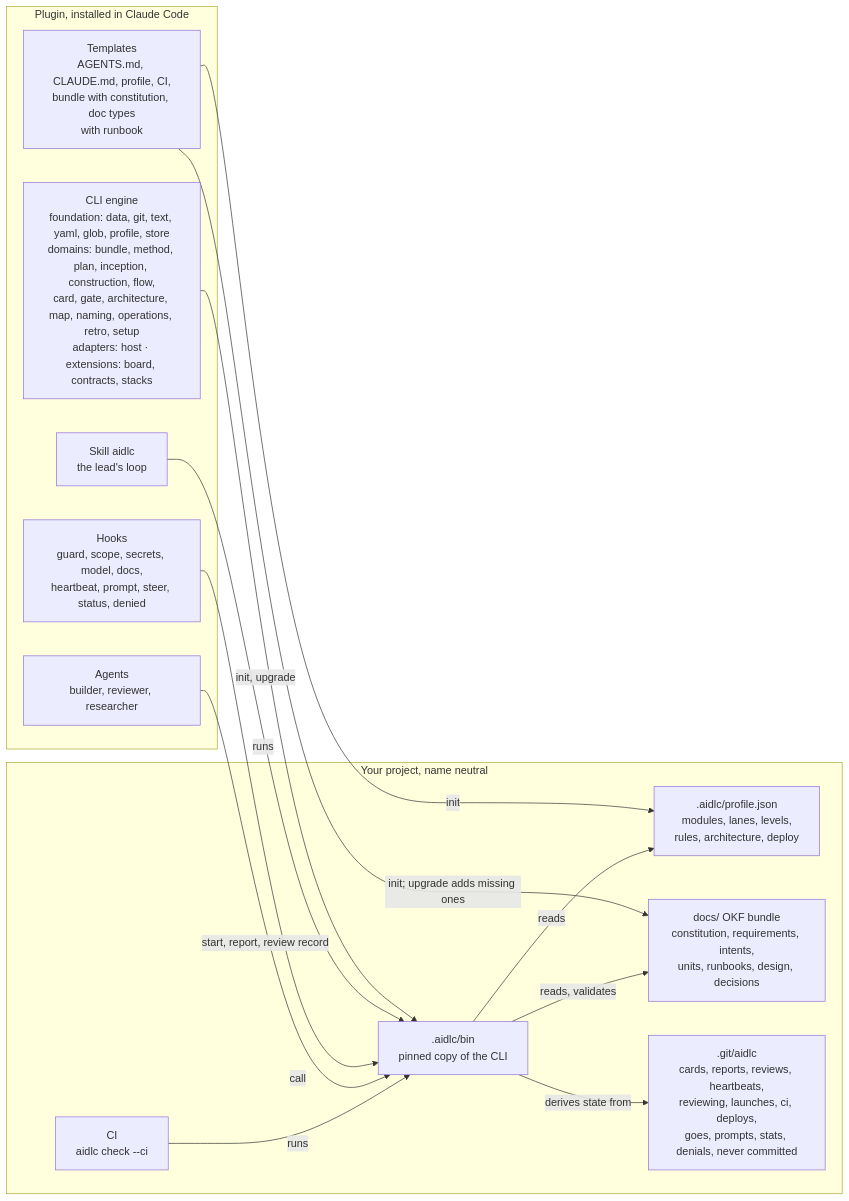
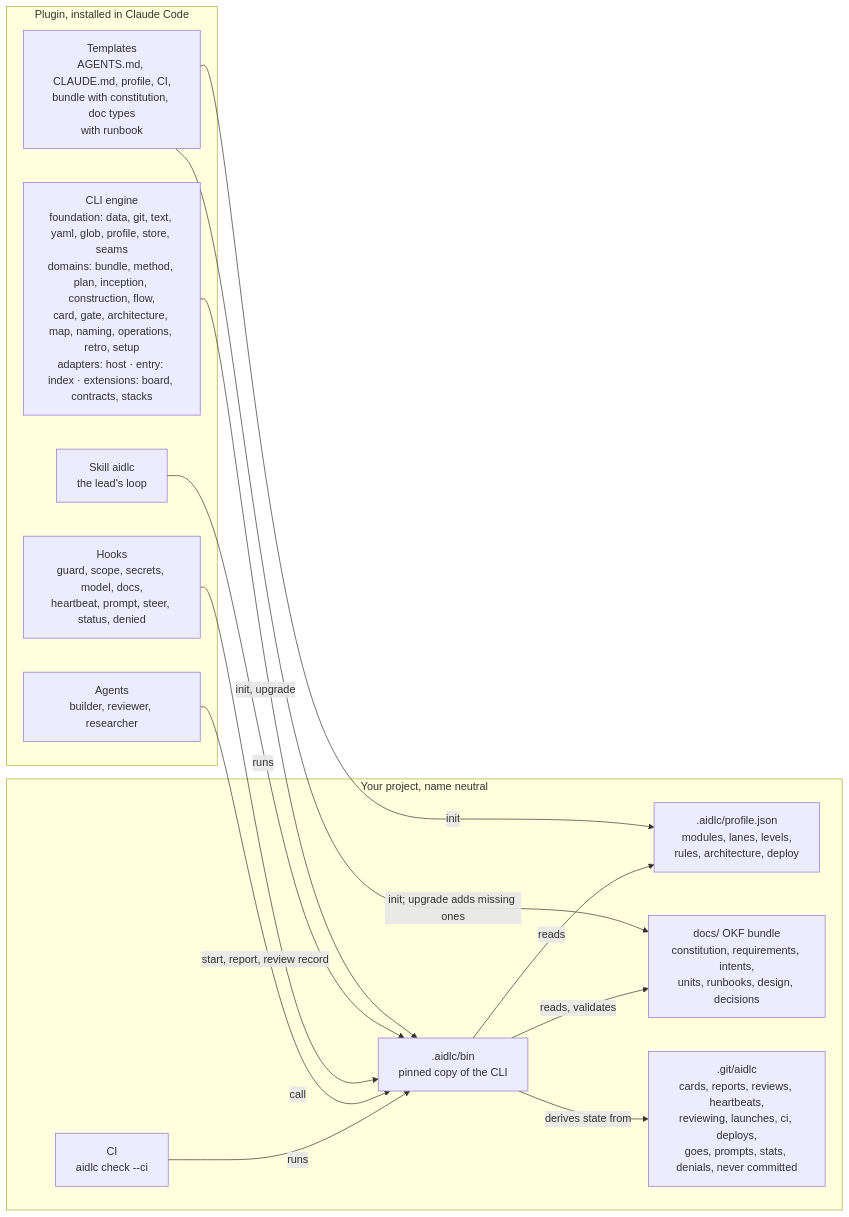
The second of 2 diagrams in README.md (Scrollout/aidlc-team-plugin), drawn with Mermaid before and after one commit. The commit also changed 32 other files, not shown here.

````diff
--- a/README.md
+++ b/README.md
@@ -77,29 +77,29 @@
 ```mermaid
 flowchart LR
   subgraph plugin["Plugin, installed in Claude Code"]
     skill["Skill aidlc<br/>the lead's loop"]
     agents["Agents<br/>builder, reviewer, researcher"]
     hooks["Hooks<br/>guard, scope, secrets, model, docs,<br/>heartbeat, prompt, steer, status, denied"]
-    cli["CLI engine<br/>foundation: data, git, text, yaml, glob, profile, store<br/>domains: bundle, method, plan, inception, construction, flow,<br/>card, gate, architecture, map, naming, operations, retro, setup<br/>adapters: host · extensions: board, contracts, stacks"]
+    cli["CLI engine<br/>foundation: data, git, text, yaml, glob, profile, store, seams<br/>domains: bundle, method, plan, inception, construction, flow,<br/>card, gate, architecture, map, naming, operations, retro, setup<br/>adapters: host · entry: index · extensions: board, contracts, stacks"]
     templates["Templates<br/>AGENTS.md, CLAUDE.md, profile, CI,<br/>bundle with constitution, doc types<br/>with runbook"]
   end
 
   subgraph project["Your project, name neutral"]
     profile[".aidlc/profile.json<br/>modules, lanes, levels,<br/>rules, architecture, deploy"]
     bin[".aidlc/bin<br/>pinned copy of the CLI"]
     docs["docs/ OKF bundle<br/>constitution, requirements, intents,<br/>units, runbooks, design, decisions"]
     runtime[".git/aidlc<br/>cards, reports, reviews, heartbeats,<br/>reviewing, launches, ci, deploys,<br/>goes, prompts, stats, denials, never committed"]
     ci["CI<br/>aidlc check --ci"]
   end
 
   templates -- "init" --> profile
   templates -- "init; upgrade adds missing ones" --> docs
   cli -- "init, upgrade" --> bin
   skill -- "runs" --> bin
   hooks -- "call" --> bin
   agents -- "start, report, review record" --> bin
   ci -- "runs" --> bin
   bin -- "reads, validates" --> docs
   bin -- "reads" --> profile
   bin -- "derives state from" --> runtime
 ```
````
